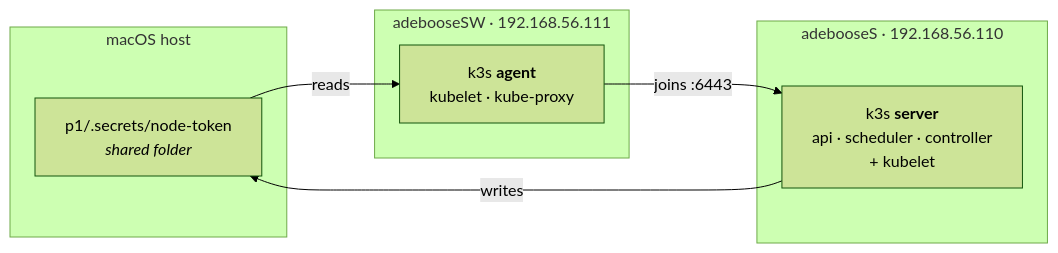
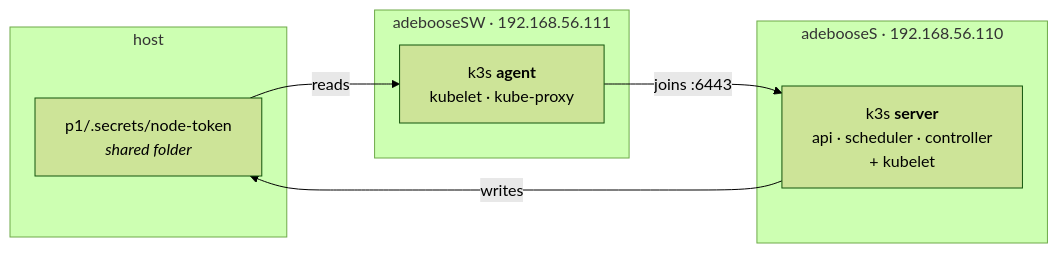
The first of 3 diagrams in README.md (Pokalie566/IOT), drawn with Mermaid (forest theme) before and after one commit. The commit also changed other lines of this file, not shown here.

Commit message:
docs(readme): document the virtualbox debian host for p3

````diff
--- a/README.md
+++ b/README.md
@@ -58,15 +80,15 @@
 ```mermaid
 flowchart LR
-    subgraph host["macOS host"]
+    subgraph host["host"]
         token["p1/.secrets/node-token<br/><i>shared folder</i>"]
     end
     subgraph s["adebooseS &middot; 192.168.56.110"]
         api["k3s <b>server</b><br/>api &middot; scheduler &middot; controller<br/>+ kubelet"]
     end
     subgraph w["adebooseSW &middot; 192.168.56.111"]
         agent["k3s <b>agent</b><br/>kubelet &middot; kube-proxy"]
     end
     api -- "writes" --> token
     token -- "reads" --> agent
     agent -- "joins :6443" --> api
 ```
````
